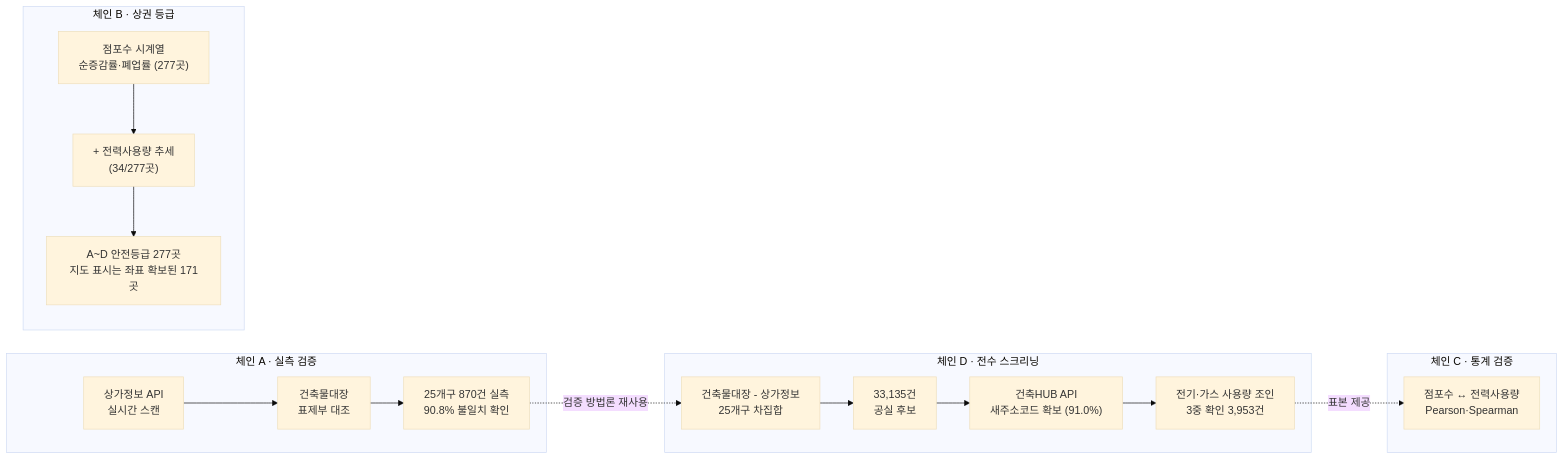
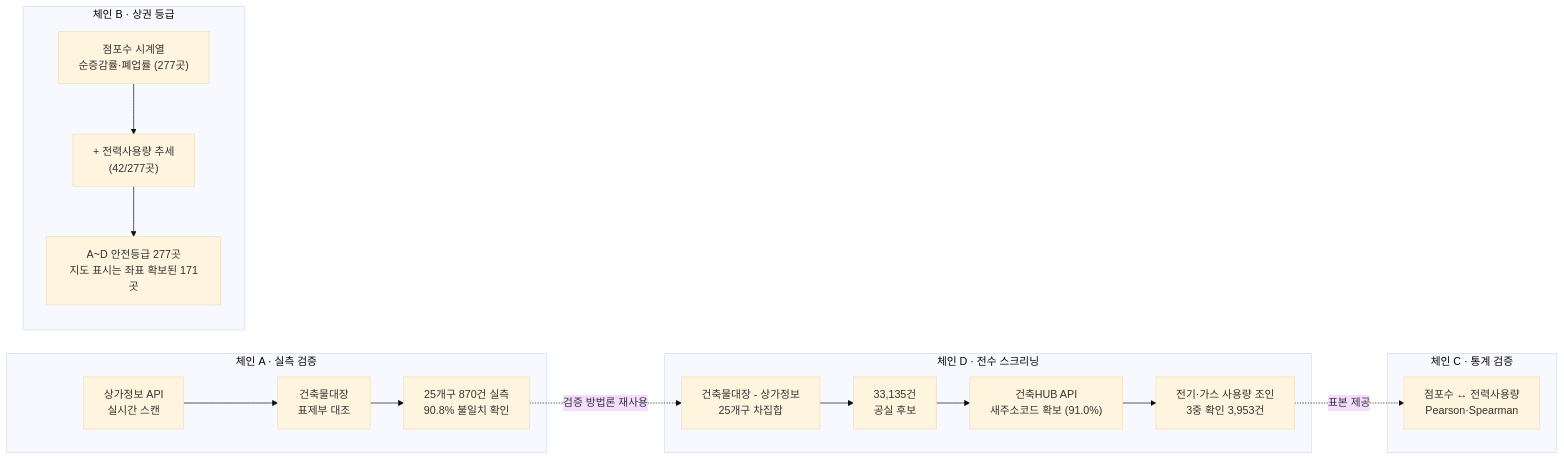
The diagram in README.md (0se0/vacancy-safety-diagnosis), drawn with Mermaid (base theme) before and after one commit. The commit also changed other lines of this file and 5 other files, not shown here.

````diff
--- a/README.md
+++ b/README.md
@@ -60,21 +60,21 @@
 ```mermaid
 flowchart LR
     subgraph A["체인 A · 실측 검증"]
         A1[상가정보 API<br/>실시간 스캔] --> A2[건축물대장<br/>표제부 대조]
         A2 --> A3["25개구 870건 실측<br/>90.8% 불일치 확인"]
     end
     subgraph D["체인 D · 전수 스크리닝"]
         D1["건축물대장 - 상가정보<br/>25개구 차집합"] --> D2["33,135건<br/>공실 후보"]
         D2 --> D3["건축HUB API<br/>새주소코드 확보 (91.0%)"]
         D3 --> D4["전기·가스 사용량 조인<br/>3중 확인 3,953건"]
     end
     subgraph B["체인 B · 상권 등급"]
-        B1["점포수 시계열<br/>순증감률·폐업률 (277곳)"] --> B2["+ 전력사용량 추세<br/>(34/277곳)"]
+        B1["점포수 시계열<br/>순증감률·폐업률 (277곳)"] --> B2["+ 전력사용량 추세<br/>(42/277곳)"]
         B2 --> B3["A~D 안전등급 277곳<br/>지도 표시는 좌표 확보된 171곳"]
     end
     subgraph C["체인 C · 통계 검증"]
         C1["점포수 ↔ 전력사용량<br/>Pearson·Spearman"]
     end
     A3 -.검증 방법론 재사용.-> D1
     D4 -.표본 제공.-> C1
 ```
````
